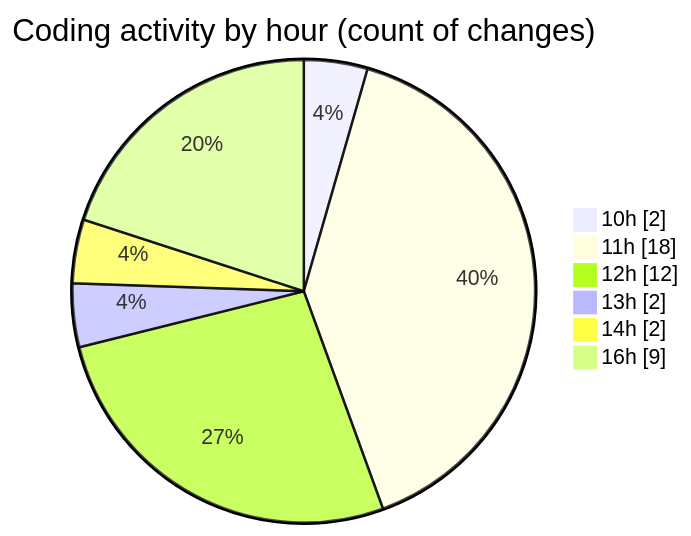
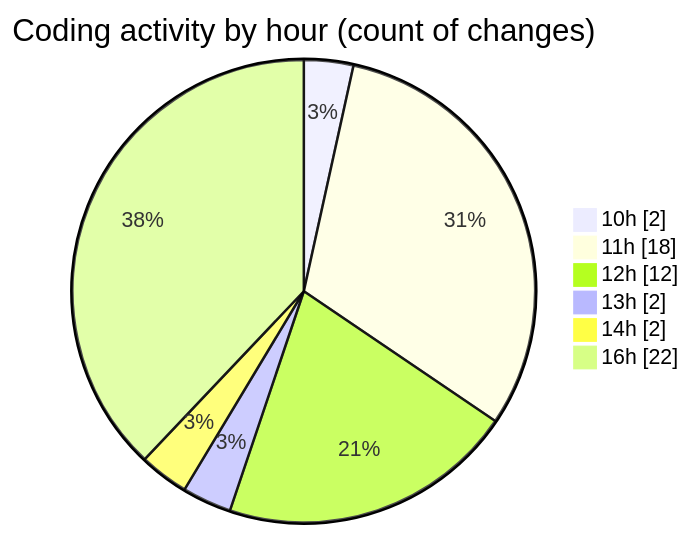
The second of 2 diagrams in 2025-08-05/nxtqube_webapp/README.md (nxtqubesakshisongat/code-tracking), drawn with Mermaid before and after one commit. The commit also changed other lines of this file and 1 other file, not shown here.

````diff
--- a/2025-08-05/nxtqube_webapp/README.md
+++ b/2025-08-05/nxtqube_webapp/README.md
@@ -41,10 +47,10 @@
 ```mermaid
 pie showData
 title Coding activity by hour (count of changes)
 "10h" : 2
 "11h" : 18
 "12h" : 12
 "13h" : 2
 "14h" : 2
-"16h" : 9
+"16h" : 22
 ```
````
